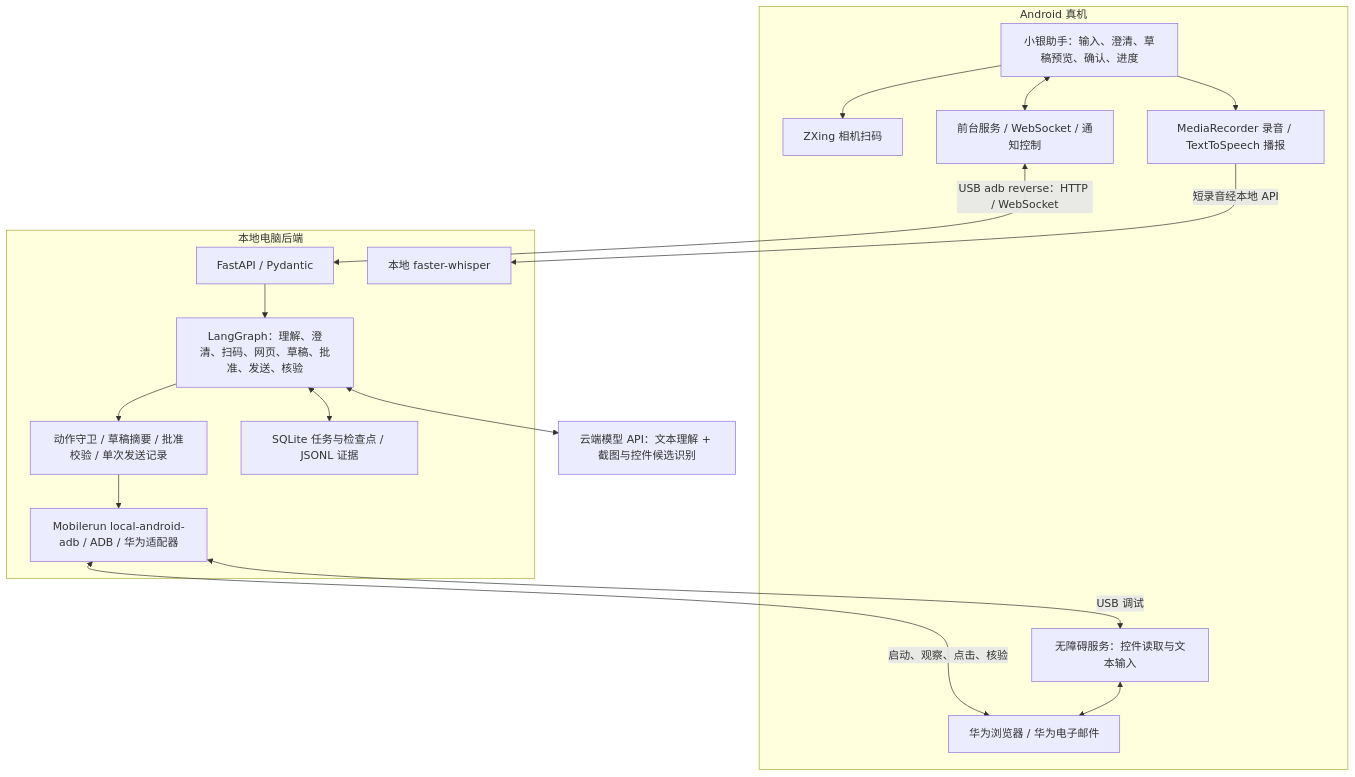
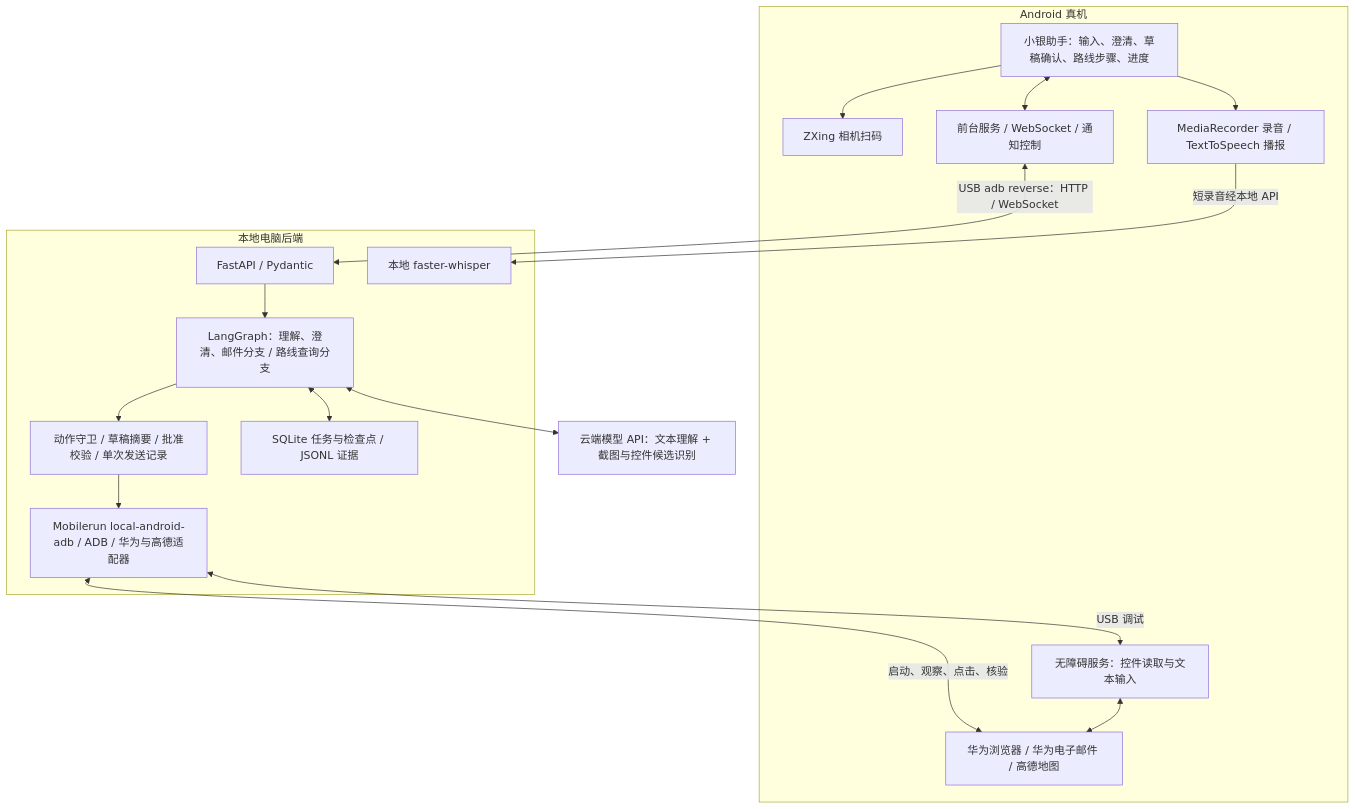
Before and after one commit to yzcchally/project_demo: the first of 2 diagrams in README.md, drawn with Mermaid. The commit also changed other lines of this file and 48 other files, not shown here.

````diff
--- a/README.md
+++ b/README.md
@@ -57,33 +60,33 @@
 ```mermaid
 flowchart TB
     subgraph phone["Android 真机"]
-        UI["小银助手：输入、澄清、草稿预览、确认、进度"]
+        UI["小银助手：输入、澄清、草稿确认、路线步骤、进度"]
         QR["ZXing 相机扫码"]
         Voice["MediaRecorder 录音 / TextToSpeech 播报"]
         Service["前台服务 / WebSocket / 通知控制"]
         A11y["无障碍服务：控件读取与文本输入"]
-        Apps["华为浏览器 / 华为电子邮件"]
+        Apps["华为浏览器 / 华为电子邮件 / 高德地图"]
     end
     subgraph computer["本地电脑后端"]
         API["FastAPI / Pydantic"]
-        Graph["LangGraph：理解、澄清、扫码、网页、草稿、批准、发送、核验"]
+        Graph["LangGraph：理解、澄清、邮件分支 / 路线查询分支"]
         Guard["动作守卫 / 草稿摘要 / 批准校验 / 单次发送记录"]
-        Device["Mobilerun local-android-adb / ADB / 华为适配器"]
+        Device["Mobilerun local-android-adb / ADB / 华为与高德适配器"]
         Store["SQLite 任务与检查点 / JSONL 证据"]
         ASR["本地 faster-whisper"]
     end
     Model["云端模型 API：文本理解 + 截图与控件候选识别"]
     UI --> QR
     UI --> Voice
     UI <--> Service
     Service <-->|"USB adb reverse：HTTP / WebSocket"| API
     Voice -->|"短录音经本地 API"| ASR
     API --> Graph
     Graph <--> Model
     Graph <--> Store
     Graph --> Guard
     Guard --> Device
     Device <-->|"USB 调试"| A11y
     Device <-->|"启动、观察、点击、核验"| Apps
     A11y <--> Apps
 ```
````
